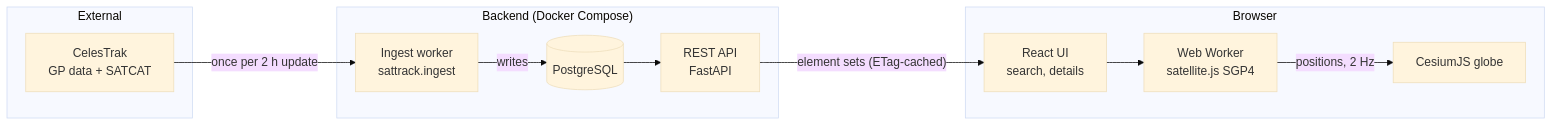
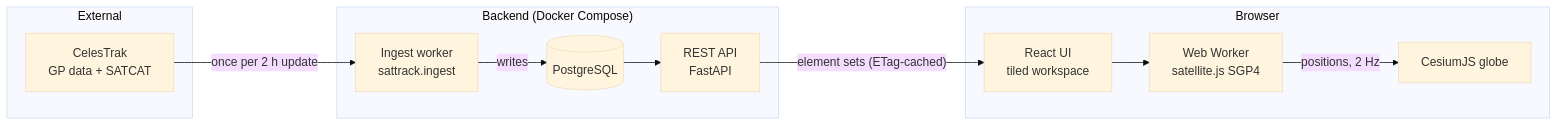
Before and after one commit to cosmo030/satellite-tracker: the diagram in docs/architecture.md, drawn with Mermaid (base theme). The commit also changed other lines of this file and 44 other files, not shown here.

First line of the commit message:
feat(frontend): tiled, resizable workspace with Instrument and Frosted skins (UI redesign part 1) (#8)

````diff
--- a/docs/architecture.md
+++ b/docs/architecture.md
@@ -9,22 +9,22 @@
 ```mermaid
 flowchart LR
     subgraph External
         CT[CelesTrak<br/>GP data + SATCAT]
     end
     subgraph Backend["Backend (Docker Compose)"]
         IW[Ingest worker<br/>sattrack.ingest]
         DB[(PostgreSQL)]
         API[REST API<br/>FastAPI]
     end
     subgraph Browser
-        UI[React UI<br/>search, details]
+        UI[React UI<br/>tiled workspace]
         WW[Web Worker<br/>satellite.js SGP4]
         GL[CesiumJS globe]
     end
     CT -- "once per 2 h update" --> IW
     IW -- writes --> DB
     DB --> API
     API -- "element sets (ETag-cached)" --> UI
     UI --> WW
     WW -- "positions, 2 Hz" --> GL
 ```
````
